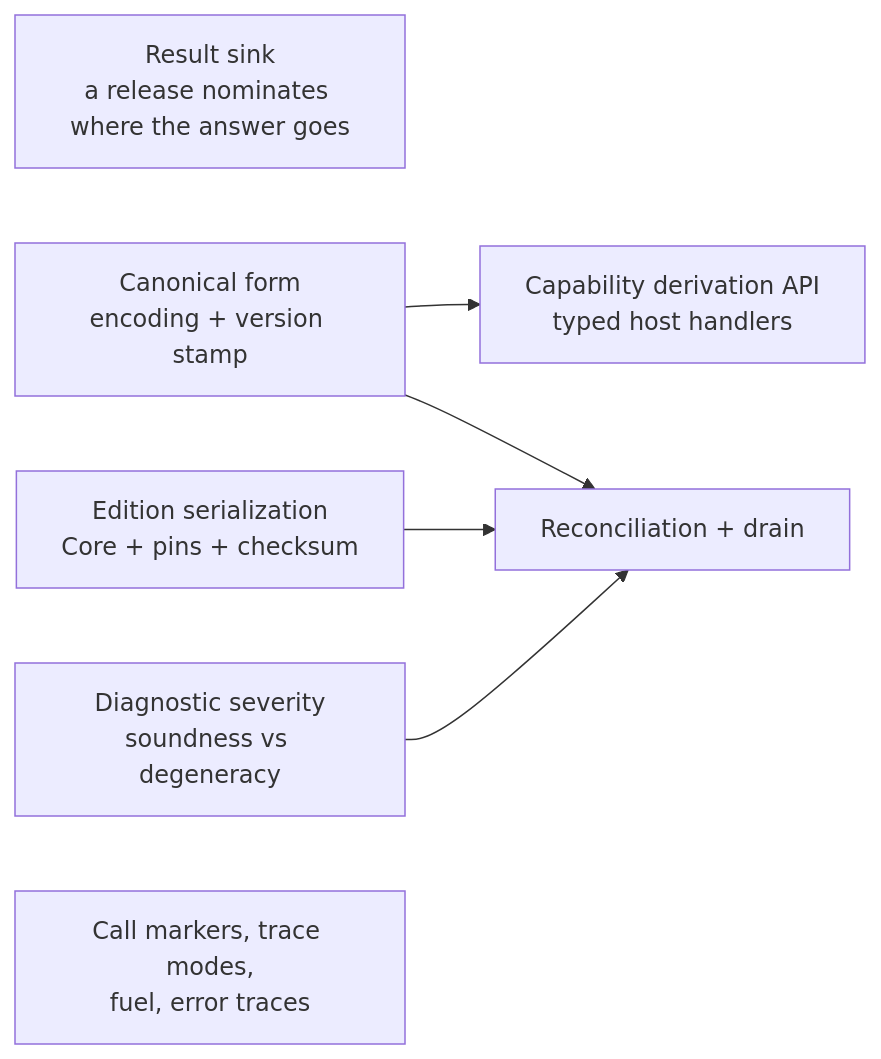
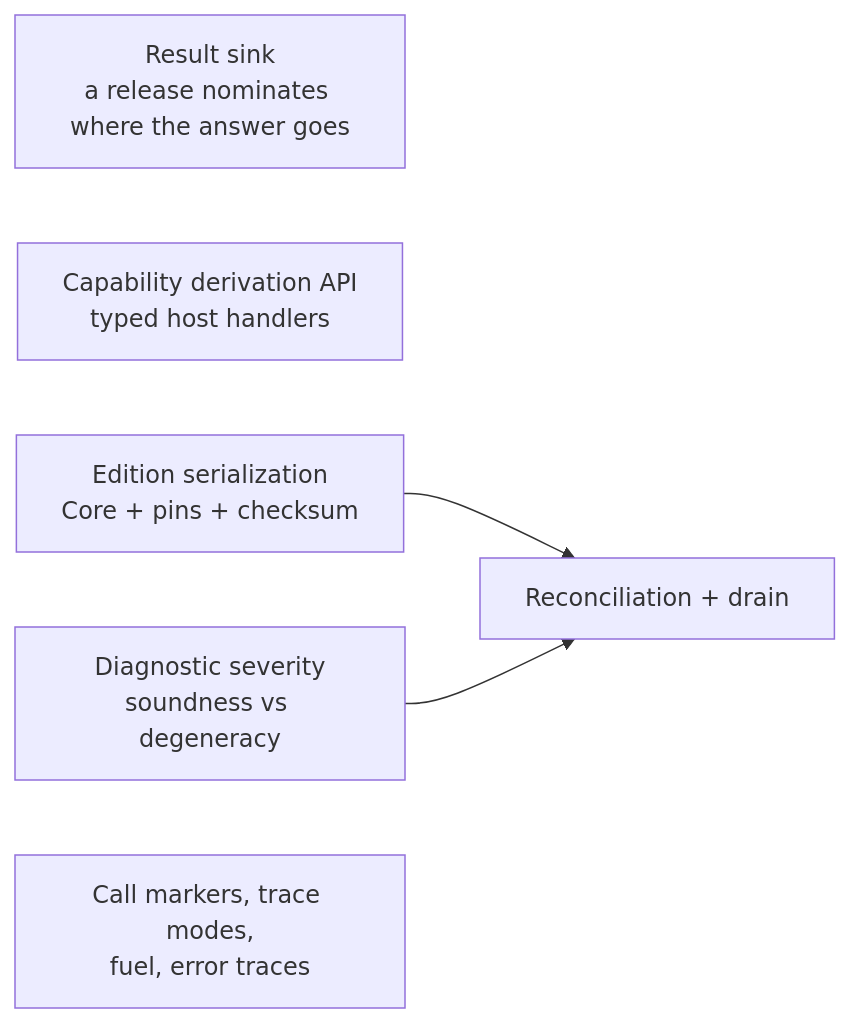
One commit to txsmith/klein changed the diagram in docs/host-integration-roadmap.md. Above: the diagram before and after it, drawn with Mermaid. The commit also changed other lines of this file and 7 other files, not shown here.

Commit message:
Dissolve canonical form into staged hashing and unblock the reconciliation chain

````diff
--- a/docs/host-integration-roadmap.md
+++ b/docs/host-integration-roadmap.md
@@ -45,17 +45,14 @@
 ```mermaid
     graph LR
     SINK["Result sink<br/>a release nominates where the answer goes"]
     DERIVE["Capability derivation API<br/>typed host handlers"]
 
-    CANON["Canonical form<br/>encoding + version stamp"]
     ED["Edition serialization<br/>Core + pins + checksum"]
     SEV["Diagnostic severity<br/>soundness vs degeneracy"]
     RECON["Reconciliation + drain"]
 
     TRACE["Call markers, trace modes,<br/>fuel, error traces"]
 
-    CANON --> DERIVE
-    CANON --> RECON
     ED --> RECON
     SEV --> RECON
 ```
````
